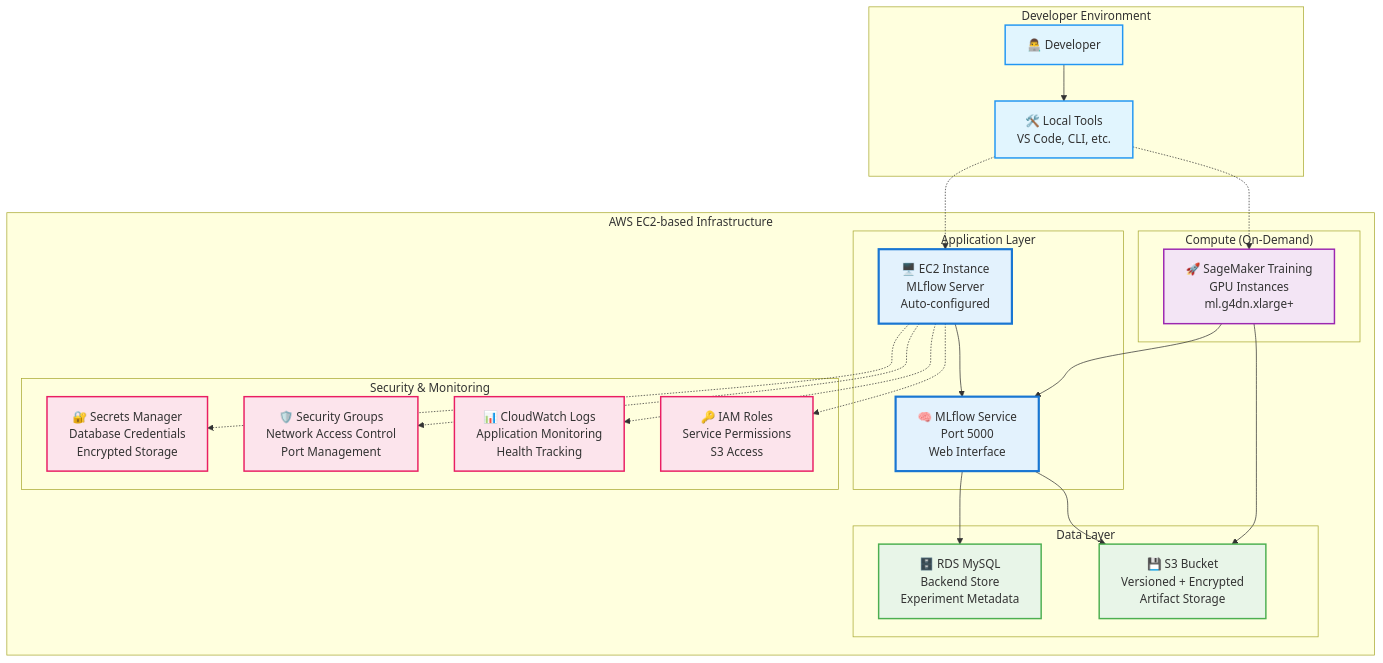
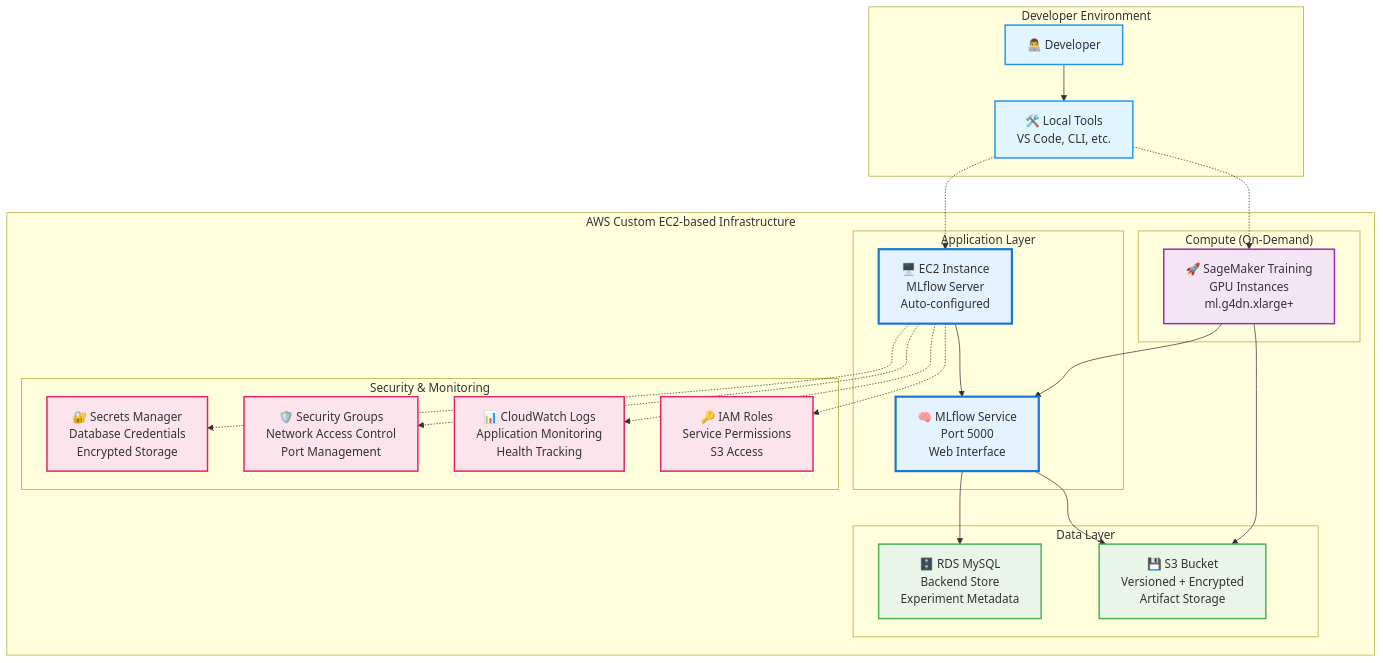
Before and after one commit to vietanhdev/sagemaker-yolo-terraform: the second of 2 diagrams in README.md, drawn with Mermaid. The commit also changed other lines of this file and 10 other files, not shown here.

````diff
--- a/README.md
+++ b/README.md
@@ -93,55 +93,55 @@
 ```mermaid
 graph TB
     subgraph "Developer Environment"
         DEV[👨‍💻 Developer]
         TOOLS[🛠️ Local Tools<br/>VS Code, CLI, etc.]
     end
 
-    subgraph "AWS EC2-based Infrastructure"
+    subgraph "AWS Custom EC2-based Infrastructure"
         subgraph "Application Layer"
             EC2[🖥️ EC2 Instance<br/>MLflow Server<br/>Auto-configured]
             MLflow[🧠 MLflow Service<br/>Port 5000<br/>Web Interface]
         end
         
         subgraph "Data Layer"
             RDS[🗄️ RDS MySQL<br/>Backend Store<br/>Experiment Metadata]
             S3[💾 S3 Bucket<br/>Versioned + Encrypted<br/>Artifact Storage]
         end
         
         subgraph "Security & Monitoring"
             SECRETS[🔐 Secrets Manager<br/>Database Credentials<br/>Encrypted Storage]
             SG[🛡️ Security Groups<br/>Network Access Control<br/>Port Management]
             LOGS[📊 CloudWatch Logs<br/>Application Monitoring<br/>Health Tracking]
             IAM[🔑 IAM Roles<br/>Service Permissions<br/>S3 Access]
         end
         
         subgraph "Compute (On-Demand)"
             TRAIN[🚀 SageMaker Training<br/>GPU Instances<br/>ml.g4dn.xlarge+]
         end
     end
 
     DEV --> TOOLS
     TOOLS -.-> EC2
     EC2 --> MLflow
     MLflow --> RDS
     MLflow --> S3
     EC2 -.-> SECRETS
     EC2 -.-> SG
     EC2 -.-> LOGS
     EC2 -.-> IAM
     TOOLS -.-> TRAIN
     TRAIN --> MLflow
     TRAIN --> S3
 
     classDef application fill:#e3f2fd,stroke:#1976d2,stroke-width:3px
     classDef data fill:#e8f5e8,stroke:#4caf50,stroke-width:2px
     classDef security fill:#fce4ec,stroke:#e91e63,stroke-width:2px
     classDef compute fill:#f3e5f5,stroke:#9c27b0,stroke-width:2px
     classDef user fill:#e1f5fe,stroke:#2196f3,stroke-width:2px
     
     class EC2,MLflow application
     class RDS,S3 data
     class SECRETS,SG,LOGS,IAM security
     class TRAIN compute
     class DEV,TOOLS user
 ```
````
